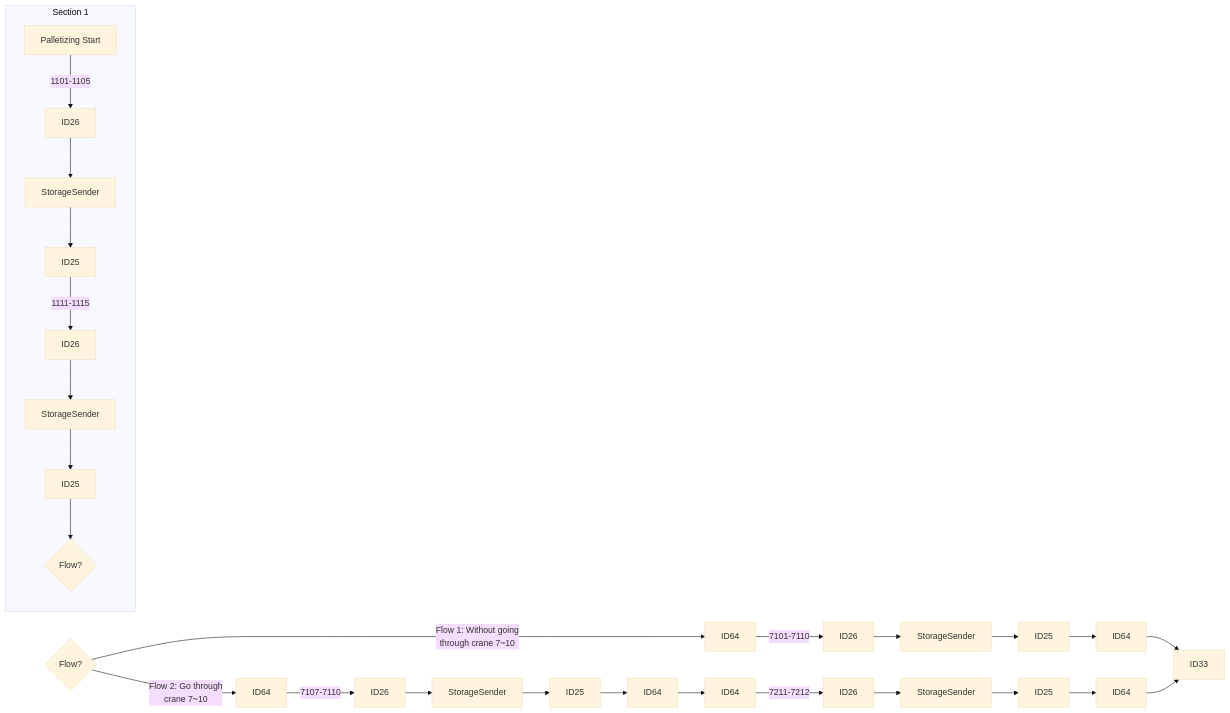
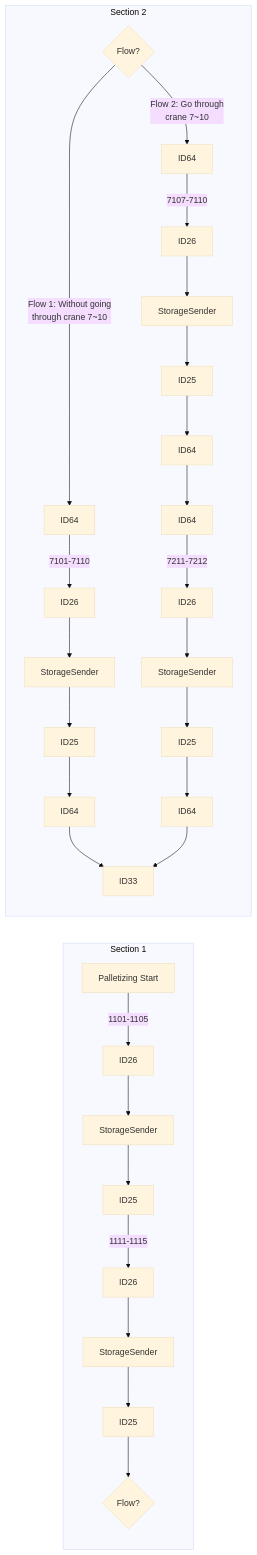
The first of 23 diagrams in Basic-Design/DFD-WMS/Storage/Palletizing-Settting/Palletize-Start.md (luthfiadityaa/SimeDarby-Wiki), drawn with Mermaid (base theme) before and after one commit.

Commit message:
Updated Palletize Start

```diff
--- a/Basic-Design/DFD-WMS/Storage/Palletizing-Settting/Palletize-Start.md
+++ b/Basic-Design/DFD-WMS/Storage/Palletizing-Settting/Palletize-Start.md
@@ -5,23 +5,24 @@
 ::: mermaid
 flowchart LR
  
 subgraph Section 1
 P1[Palletizing Start]--> |1101-1105| P2[ID26]-->P3[StorageSender]-->P4[ID25]
 P4[ID25]--> |1111-1115| P5[ID26]-->P6[StorageSender]-->P7[ID25]
 P7[ID25]-->Cond1{Flow?} 
 end  
 
-
+subgraph Section 2
 Cond2{Flow?}
 
 Cond2 --> |Flow 1: Without going 
 through crane 7~10| P8[ID64]
 Cond2 --> |Flow 2: Go through 
 crane 7~10| P9[ID64]
 
 P8[ID64]--> |7101-7110| P10[ID26]-->P11[StorageSender]-->P12[ID25]-->P13[ID64]
 P9[ID64]--> |7107-7110| P15[ID26]-->P16[StorageSender]-->P17[ID25]-->P18[ID64]-->P19[ID64]--> |7211-7212| P20[ID26]-->P21[StorageSender]-->P22[ID25]-->P23[ID64]
 
 P13[ID64]-->P14[ID33]
 P23[ID64]-->P14[ID33]
+end
 :::
```
